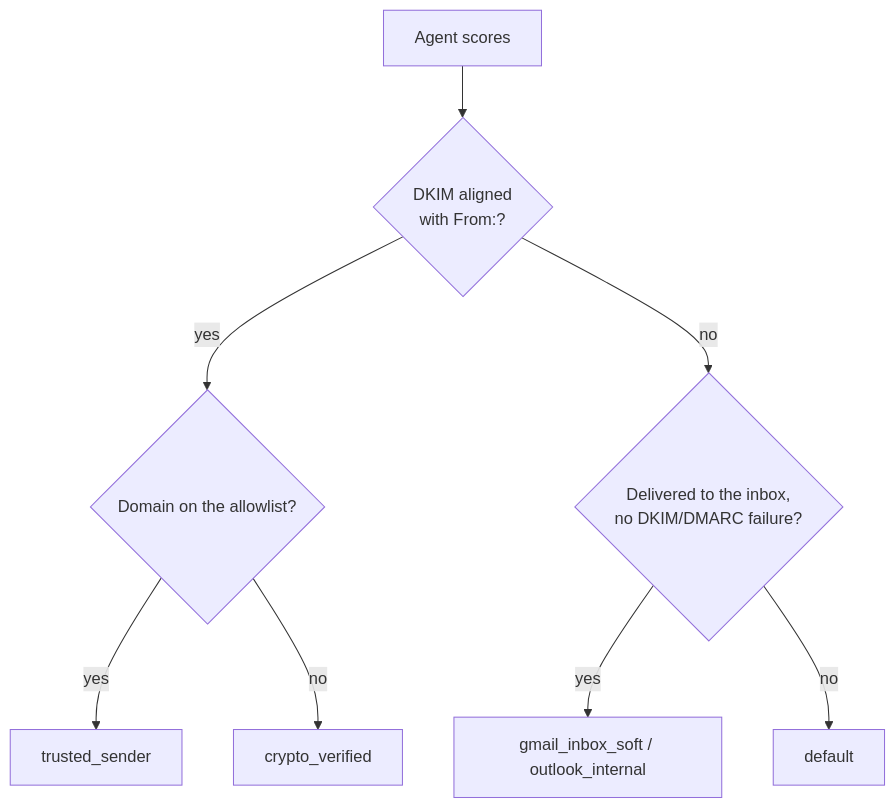
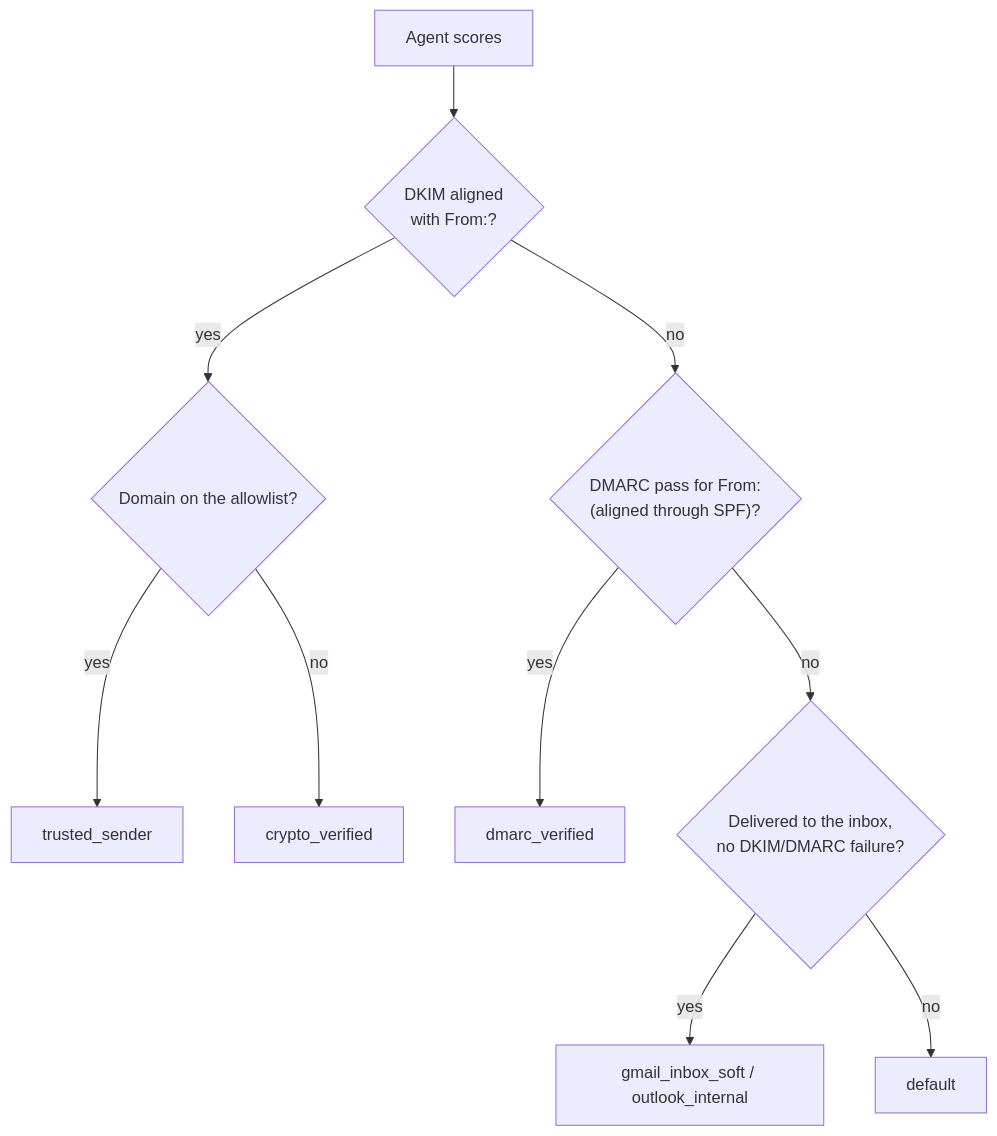
The second of 3 diagrams in docs/architecture.md (AnzouK/PhishLens), drawn with Mermaid before and after one commit. The commit also changed other lines of this file and 11 other files, not shown here.

````diff
--- a/docs/architecture.md
+++ b/docs/architecture.md
@@ -53,10 +53,12 @@
 ```mermaid
 flowchart TD
     S["Agent scores"] --> C{"DKIM aligned<br/>with From:?"}
     C -- yes --> T{"Domain on the allowlist?"}
     T -- yes --> P1["trusted_sender"]
     T -- no --> P2["crypto_verified"]
-    C -- no --> I{"Delivered to the inbox,<br/>no DKIM/DMARC failure?"}
+    C -- no --> D{"DMARC pass for From:<br/>(aligned through SPF)?"}
+    D -- yes --> P5["dmarc_verified"]
+    D -- no --> I{"Delivered to the inbox,<br/>no DKIM/DMARC failure?"}
     I -- yes --> P3["gmail_inbox_soft / outlook_internal"]
     I -- no --> P4["default"]
 ```
````
